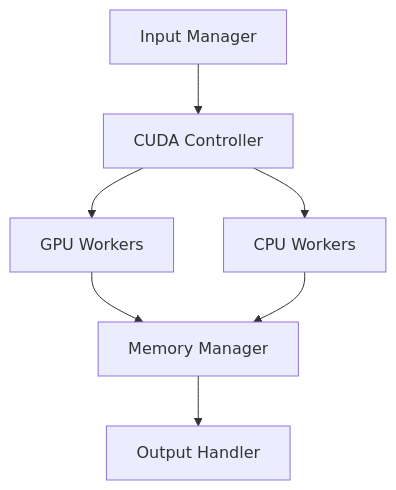
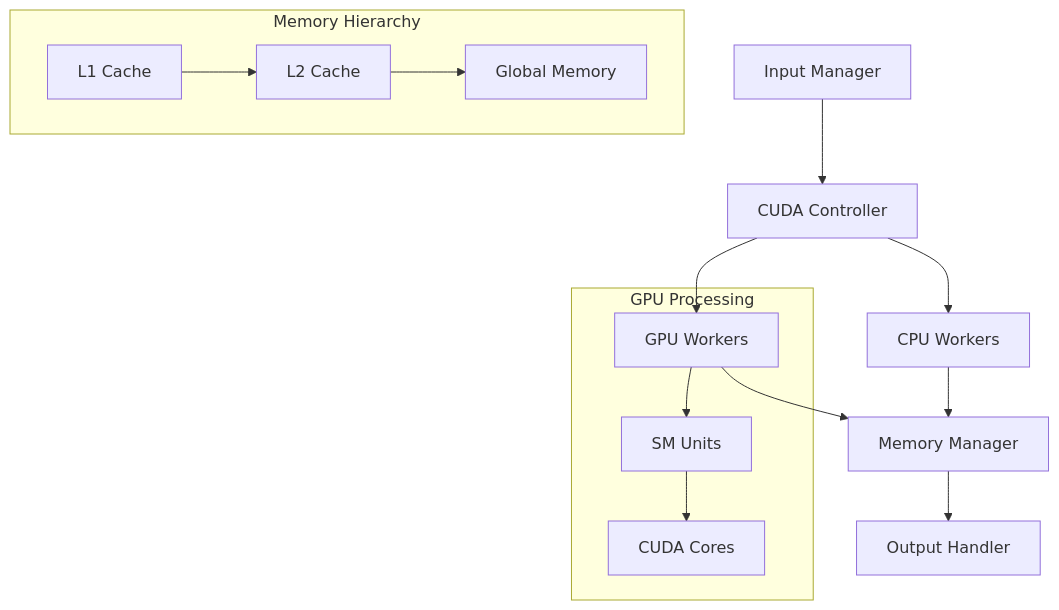
One commit to donpablonows/coin changed the first of 2 diagrams in README.md. Above: the diagram before and after it, drawn with Mermaid. The commit also changed other lines of this file, not shown here.

````diff
--- a/README.md
+++ b/README.md
@@ -127,9 +172,19 @@
 ```mermaid
 graph TD
     A[Input Manager] --> B[CUDA Controller]
     B --> C[GPU Workers]
     B --> D[CPU Workers]
     C --> E[Memory Manager]
     D --> E
     E --> F[Output Handler]
+    
+    subgraph GPU Processing
+    C --> G[SM Units]
+    G --> H[CUDA Cores]
+    end
+    
+    subgraph Memory Hierarchy
+    I[L1 Cache] --> J[L2 Cache]
+    J --> K[Global Memory]
+    end
 ```
````
